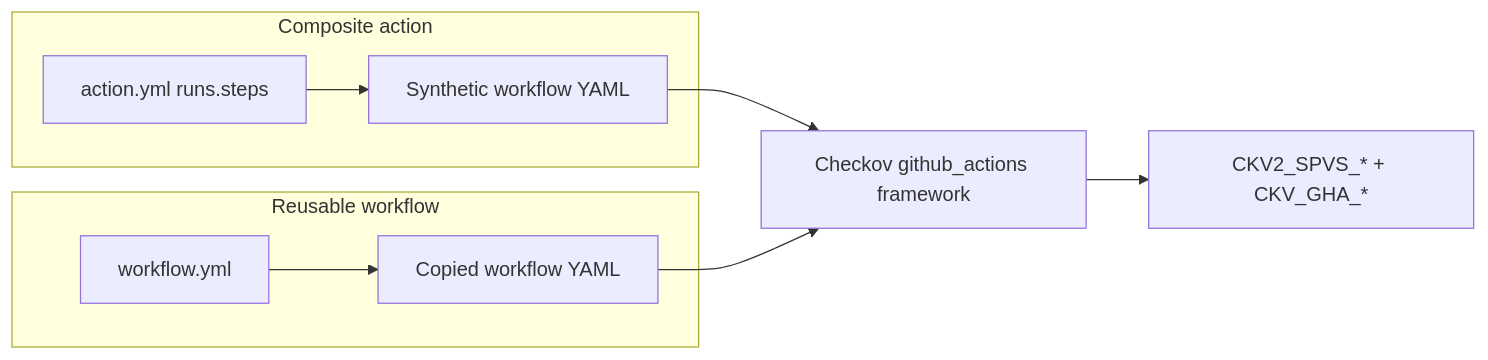
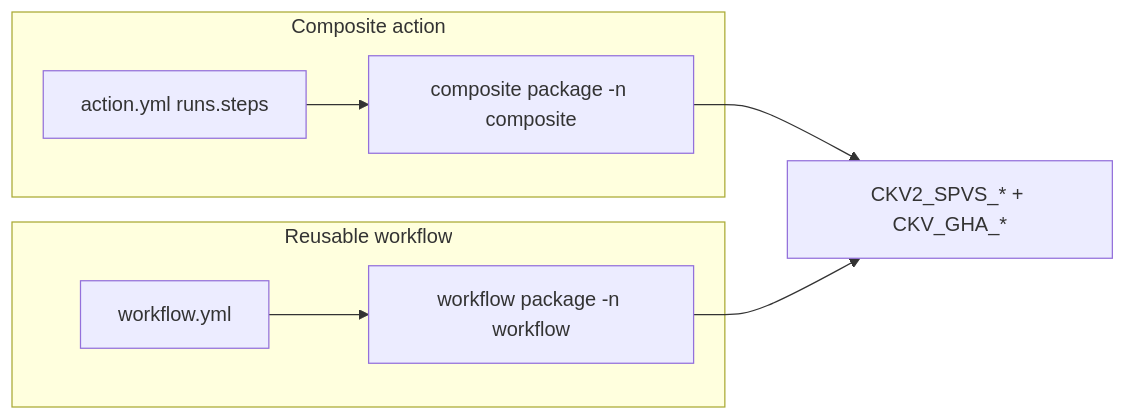
The diagram in docs/02-writing-components.md (ravichandrapatel/gha-reusable-actions-workflows), drawn with Mermaid before and after one commit. The commit also changed other lines of this file and 59 other files, not shown here.

First line of the commit message:
DCDT-121231 feat(spvs): migrate GHA policy enforcement from Checkov to Conftest

````diff
--- a/docs/02-writing-components.md
+++ b/docs/02-writing-components.md
@@ -324,12 +324,11 @@
 ```mermaid
 flowchart LR
   subgraph action [Composite action]
-    A[action.yml runs.steps] --> B[Synthetic workflow YAML]
+    A[action.yml runs.steps] --> CC[composite package -n composite]
   end
   subgraph workflow [Reusable workflow]
-    W[workflow.yml] --> C[Copied workflow YAML]
+    W[workflow.yml] --> CW[workflow package -n workflow]
   end
-  B --> D[Checkov github_actions framework]
-  C --> D
-  D --> E[CKV2_SPVS_* + CKV_GHA_*]
+  CC --> E[CKV2_SPVS_* + CKV_GHA_*]
+  CW --> E
 ```
````
